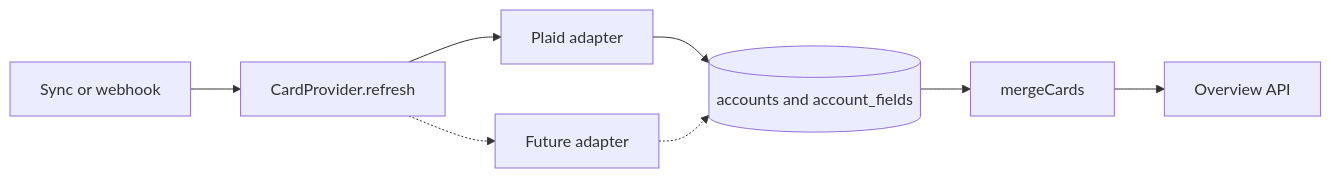
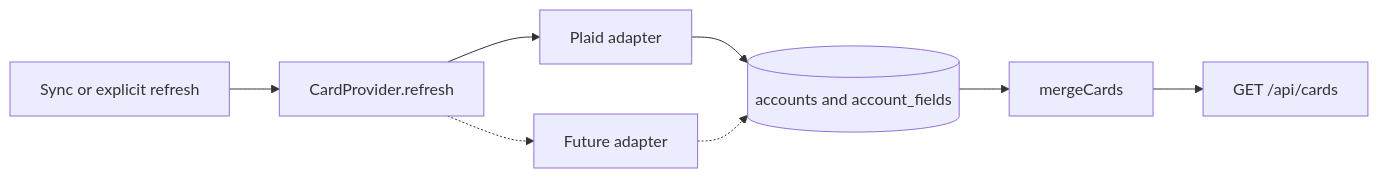
Before and after one commit to A-Pamimo/amexLink: the second of 4 diagrams in docs/ARCHITECTURE.md, drawn with Mermaid. The commit also changed other lines of this file and 2 other files, not shown here.

First line of the commit message:
docs: reconcile HANDOVER, architecture and provider docs with the built system (WP8)

````diff
--- a/docs/ARCHITECTURE.md
+++ b/docs/ARCHITECTURE.md
@@ -113,17 +121,17 @@
 ```mermaid
 flowchart LR
-  sync[Sync or webhook]
+  sync[Sync or explicit refresh]
   adapter[CardProvider.refresh]
   plaid[Plaid adapter]
   future[Future adapter]
   rows[(accounts and account_fields)]
   merge[mergeCards]
-  view[Overview API]
+  view[GET /api/cards]
   sync --> adapter
   adapter --> plaid
   adapter -.-> future
   plaid --> rows
   future -.-> rows
   rows --> merge
   merge --> view
 ```
````
